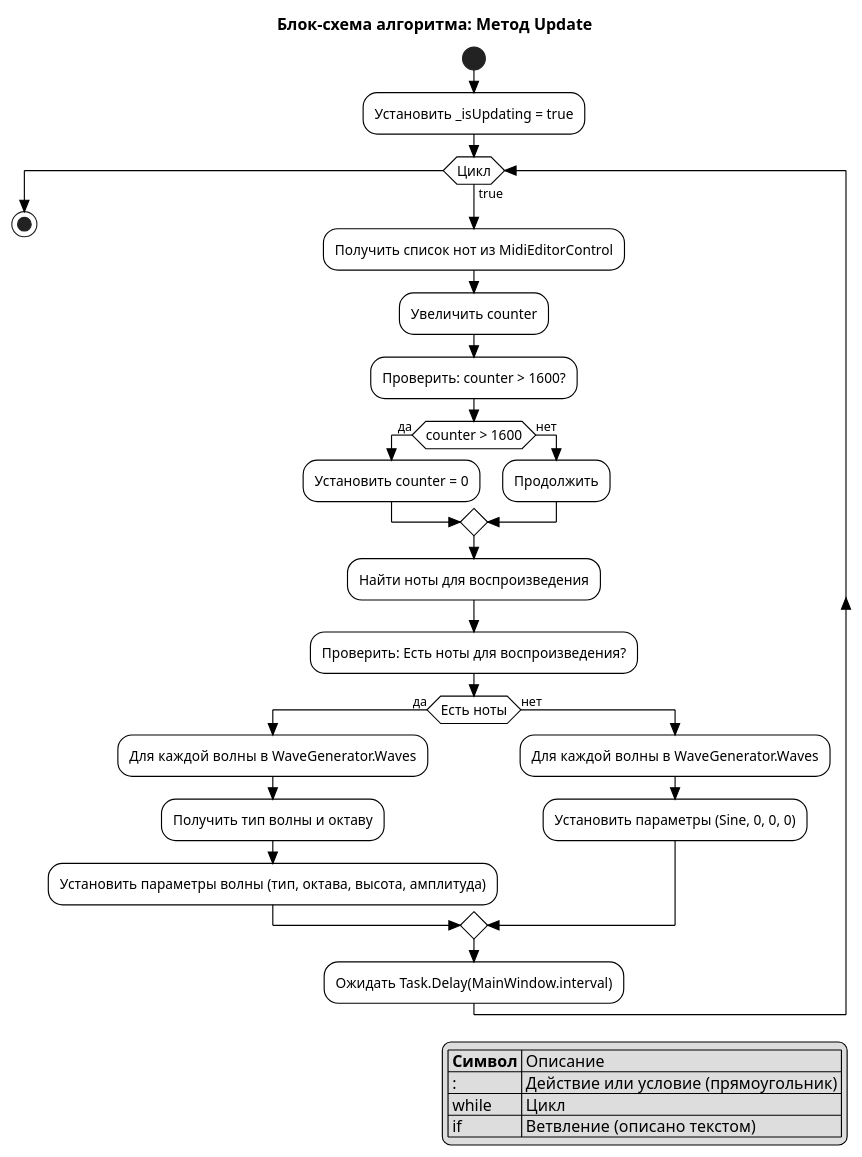
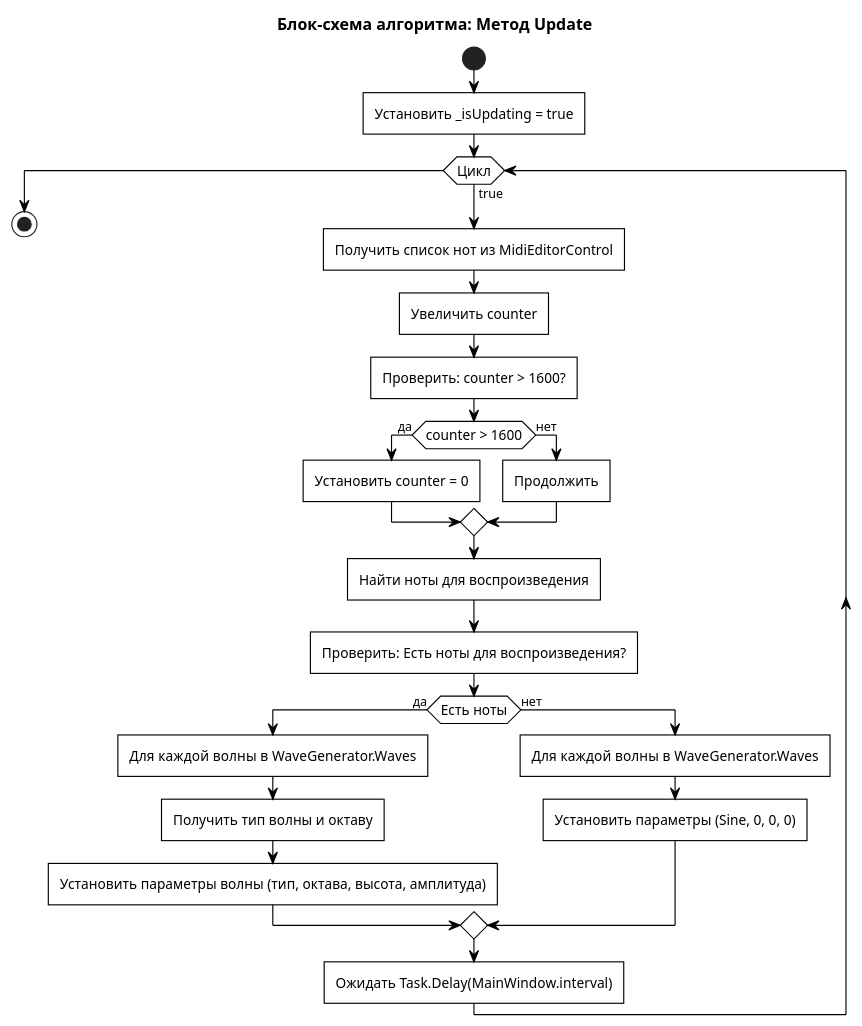
The diagram in docs/WaveGenerator/activity.puml (alex-pyslar/dream-synth), drawn with PlantUML before and after one commit. The commit also changed 23 other files, not shown here.

Commit message:
Обновление диаграмм

```diff
--- a/docs/WaveGenerator/activity.puml
+++ b/docs/WaveGenerator/activity.puml
@@ -1,58 +1,51 @@
 @startuml ActivityDiagram
 
-' ГОСТ-стиль: черно-белый, без теней, прямоугольные блоки
 skinparam monochrome true
 skinparam shadowing false
 skinparam activityFontSize 12
 skinparam activityFontName Arial
 skinparam activityBorderThickness 1
 skinparam activityBackgroundColor none
 skinparam activityBorderColor black
 skinparam activityCornerRadius 0
 skinparam defaultCornerRadius 0
 skinparam ArrowColor black
 skinparam ActivityDiamondCornerRadius 0
 skinparam style strictuml
+skinparam style default
+skinparam roundCorner 0
 
 title Блок-схема алгоритма: Метод Update
 
 start
 
 :Установить _isUpdating = true;
 
 while (Цикл) is (true)
   :Получить список нот из MidiEditorControl;
   :Увеличить counter;
 
   :Проверить: counter > 1600?;
   if (counter > 1600) then (да)
     :Установить counter = 0;
   else (нет)
     :Продолжить;
   endif
 
   :Найти ноты для воспроизведения;
 
   :Проверить: Есть ноты для воспроизведения?;
   if (Есть ноты) then (да)
     :Для каждой волны в WaveGenerator.Waves;
     :Получить тип волны и октаву;
     :Установить параметры волны (тип, октава, высота, амплитуда);
   else (нет)
     :Для каждой волны в WaveGenerator.Waves;
     :Установить параметры (Sine, 0, 0, 0);
   endif
 
   :Ожидать Task.Delay(MainWindow.interval);
 endwhile
 
 stop
-
-legend right
-|= Символ | Описание |
-| : | Действие или условие (прямоугольник) |
-| while | Цикл |
-| if | Ветвление (описано текстом) |
-endlegend
-
 @enduml
```
